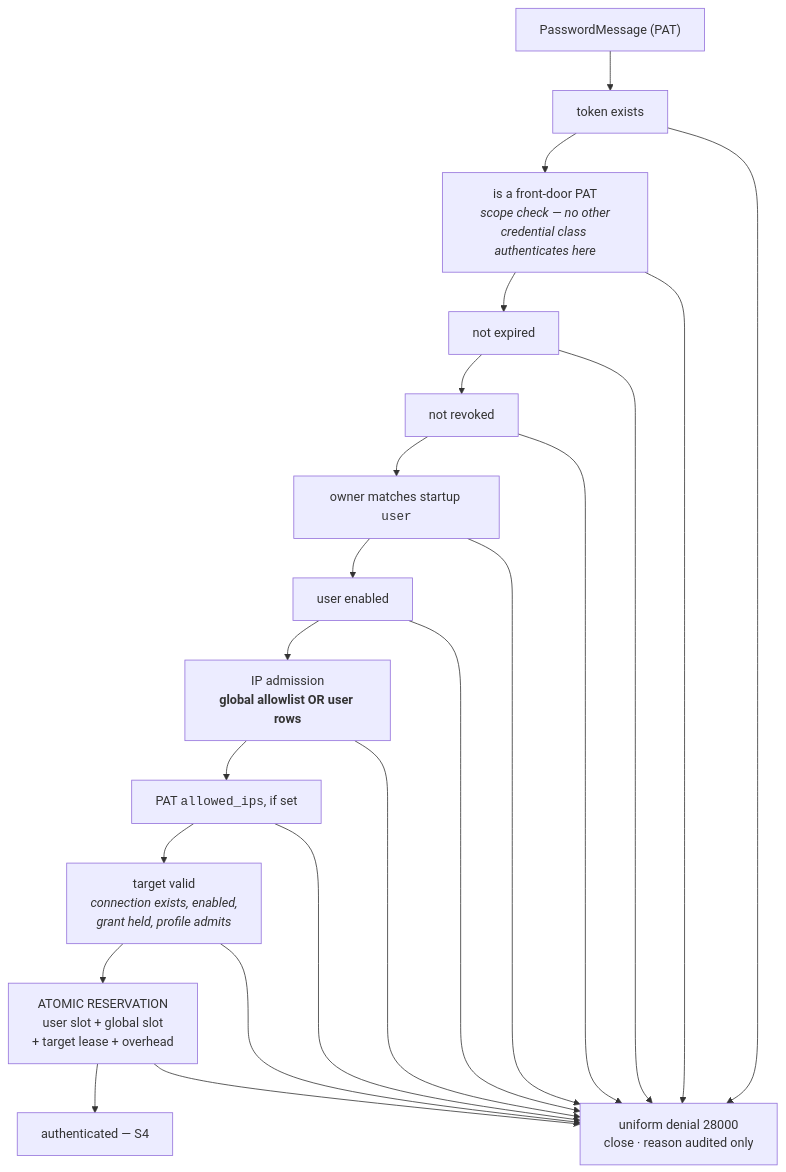
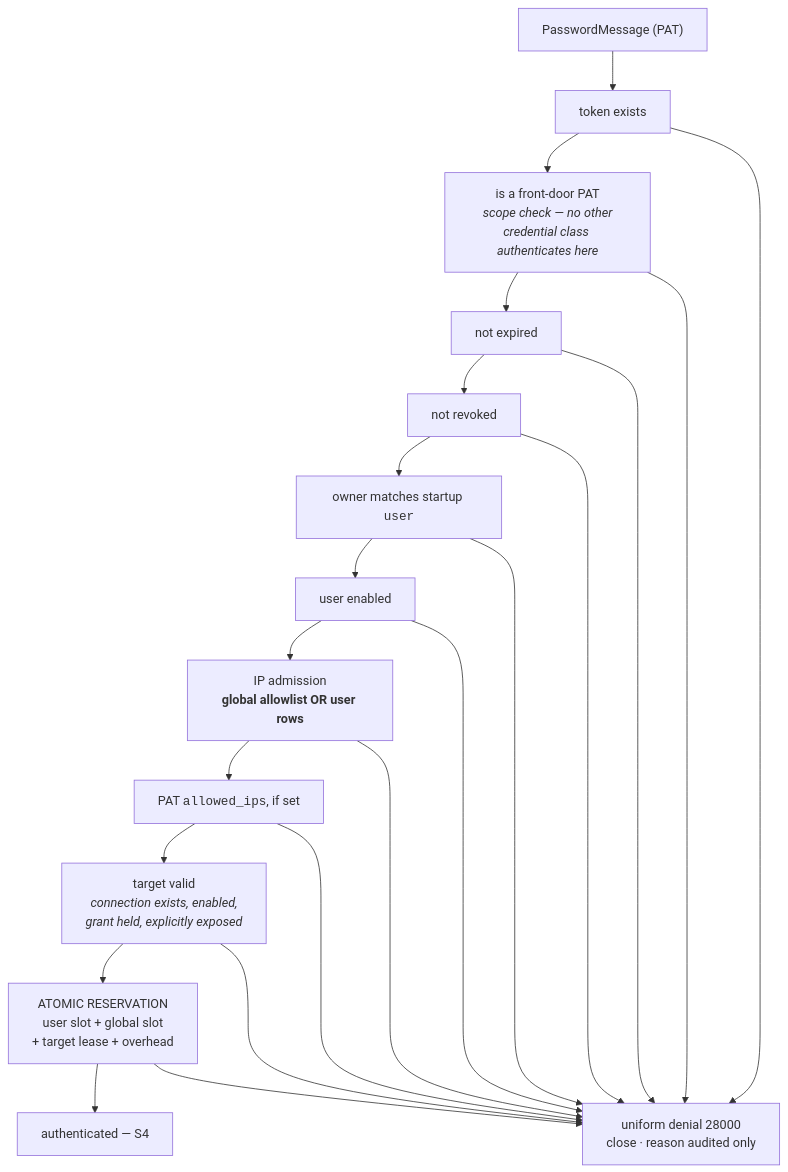
Before and after one commit to yongjohnlee80/autodb: the third of 4 diagrams in docs/front-door/protocol-matrix.md, drawn with Mermaid. The commit also changed other lines of this file and 17 other files, not shown here.

````diff
--- a/docs/front-door/protocol-matrix.md
+++ b/docs/front-door/protocol-matrix.md
@@ -380,15 +380,15 @@
 ```mermaid
 flowchart TD
     A["PasswordMessage (PAT)"] --> B["token exists"]
     B --> C["is a front-door PAT<br/><i>scope check — no other<br/>credential class authenticates here</i>"]
     C --> D["not expired"]
     D --> E["not revoked"]
     E --> F["owner matches startup <code>user</code>"]
     F --> G["user enabled"]
     G --> H["IP admission<br/><b>global allowlist OR user rows</b>"]
     H --> I["PAT <code>allowed_ips</code>, if set"]
-    I --> J["target valid<br/><i>connection exists, enabled,<br/>grant held, profile admits</i>"]
+    I --> J["target valid<br/><i>connection exists, enabled,<br/>grant held, explicitly exposed</i>"]
     J --> K["ATOMIC RESERVATION<br/>user slot + global slot<br/>+ target lease + overhead"]
     K --> L["authenticated — S4"]
     B & C & D & E & F & G & H & I & J & K --> X["uniform denial 28000<br/>close · reason audited only"]
 ```
````
